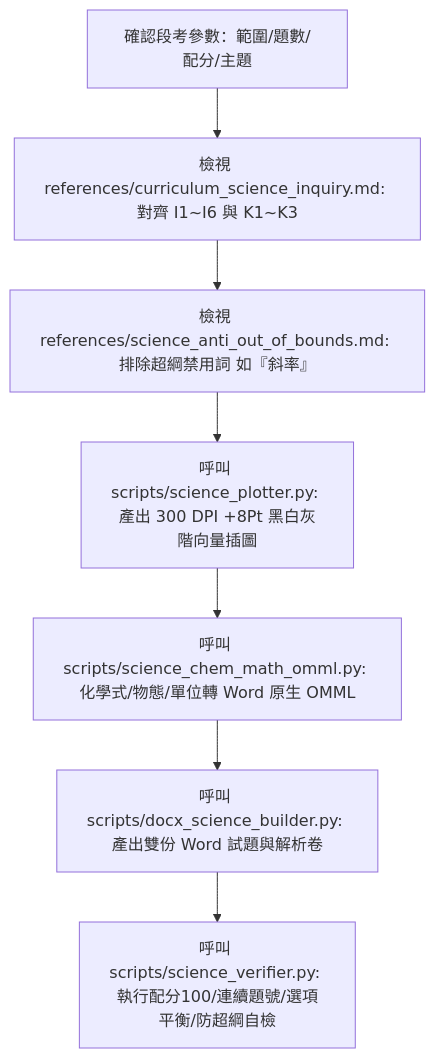
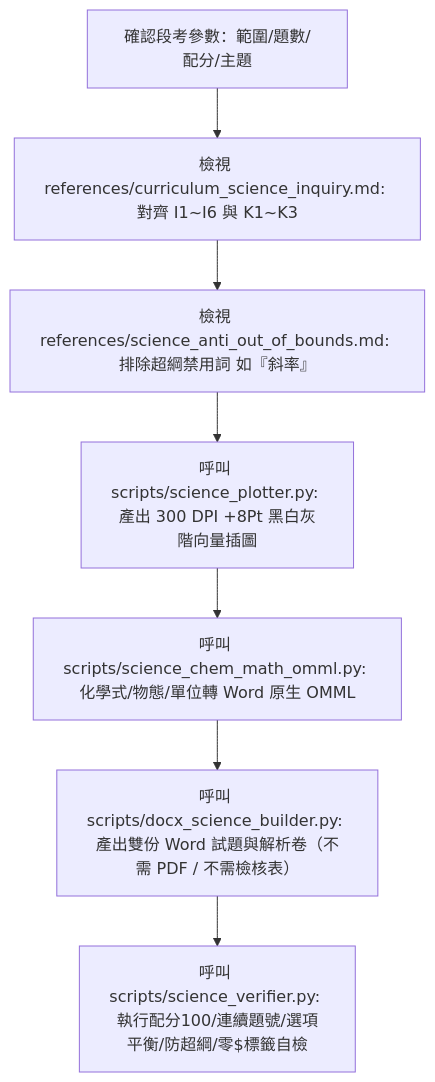
The diagram in SKILL.md (geniefu/jhsh-science-exam-generator), drawn with Mermaid before and after one commit. The commit also changed other lines of this file and 3 other files, not shown here.

Commit message:
feat: add clean_latex_to_text to remove dollar signs, simplify output to dual docx without PDF or checklist

````diff
--- a/SKILL.md
+++ b/SKILL.md
@@ -38,9 +38,9 @@
 ```mermaid
 flowchart TD
     A[確認段考參數：範圍/題數/配分/主題] --> B[檢視 references/curriculum_science_inquiry.md: 對齊 I1~I6 與 K1~K3]
     B --> C[檢視 references/science_anti_out_of_bounds.md: 排除超綱禁用詞 如『斜率』]
     C --> D[呼叫 scripts/science_plotter.py: 產出 300 DPI +8Pt 黑白灰階向量插圖]
     D --> E[呼叫 scripts/science_chem_math_omml.py: 化學式/物態/單位轉 Word 原生 OMML]
-    E --> F[呼叫 scripts/docx_science_builder.py: 產出雙份 Word 試題與解析卷]
-    F --> G[呼叫 scripts/science_verifier.py: 執行配分100/連續題號/選項平衡/防超綱自檢]
+    E --> F[呼叫 scripts/docx_science_builder.py: 產出雙份 Word 試題與解析卷（不需 PDF / 不需檢核表）]
+    F --> G[呼叫 scripts/science_verifier.py: 執行配分100/連續題號/選項平衡/防超綱/零$標籤自檢]
 ```
````
